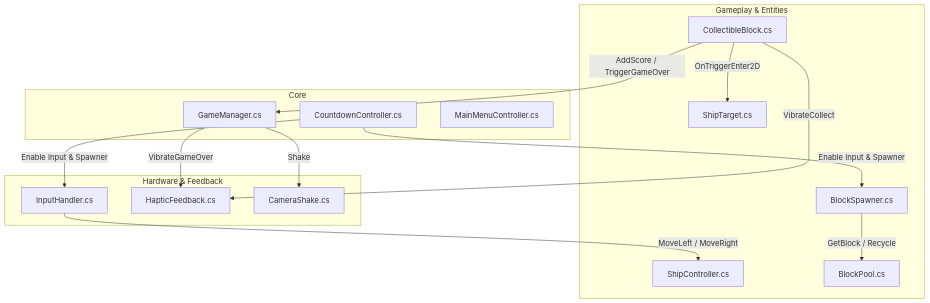
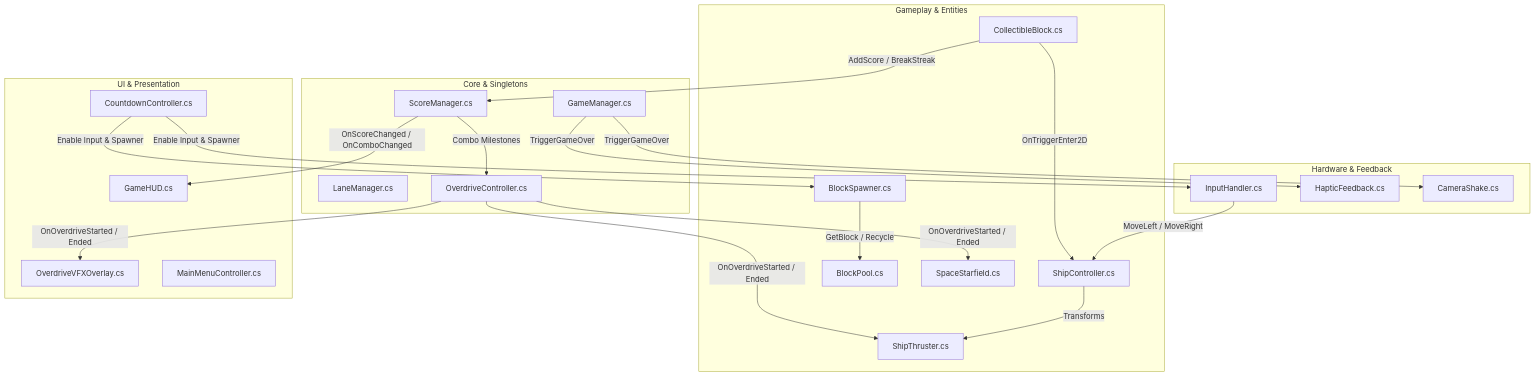
The second of 2 diagrams in README.md (DiegoVilla27/true-colors-unity), drawn with Mermaid before and after one commit. The commit also changed other lines of this file, not shown here.

First line of the commit message:
docs(readme): update documentation with VFX systems, architecture flow, and setup guide

````diff
--- a/README.md
+++ b/README.md
@@ -121,32 +152,46 @@
 ```mermaid
 graph TD
-    subgraph Core
+    subgraph Core & Singletons
         GM[GameManager.cs]
-        CC[CountdownController.cs]
-        MMC[MainMenuController.cs]
+        SM[ScoreManager.cs]
+        LM[LaneManager.cs]
+        OC[OverdriveController.cs]
     end
 
     subgraph Gameplay & Entities
         SC[ShipController.cs]
-        ST[ShipTarget.cs]
+        ST[ShipThruster.cs]
         CB[CollectibleBlock.cs]
         BP[BlockPool.cs]
         BS[BlockSpawner.cs]
+        SF[SpaceStarfield.cs]
+    end
+
+    subgraph UI & Presentation
+        HUD[GameHUD.cs]
+        OVFX[OverdriveVFXOverlay.cs]
+        CC[CountdownController.cs]
+        MMC[MainMenuController.cs]
     end
 
     subgraph Hardware & Feedback
         IH[InputHandler.cs]
         HF[HapticFeedback.cs]
         CS[CameraShake.cs]
     end
 
     IH -->|MoveLeft / MoveRight| SC
+    SC -->|Transforms| ST
     BS -->|GetBlock / Recycle| BP
-    CB -->|OnTriggerEnter2D| ST
-    CB -->|AddScore / TriggerGameOver| GM
-    CB -->|VibrateCollect| HF
-    GM -->|VibrateGameOver| HF
-    GM -->|Shake| CS
+    CB -->|OnTriggerEnter2D| SC
+    CB -->|AddScore / BreakStreak| SM
+    SM -->|Combo Milestones| OC
+    OC -->|OnOverdriveStarted / Ended| ST
+    OC -->|OnOverdriveStarted / Ended| SF
+    OC -->|OnOverdriveStarted / Ended| OVFX
+    SM -->|OnScoreChanged / OnComboChanged| HUD
+    GM -->|TriggerGameOver| CS
+    GM -->|TriggerGameOver| HF
     CC -->|Enable Input & Spawner| IH
     CC -->|Enable Input & Spawner| BS
 ```
````
